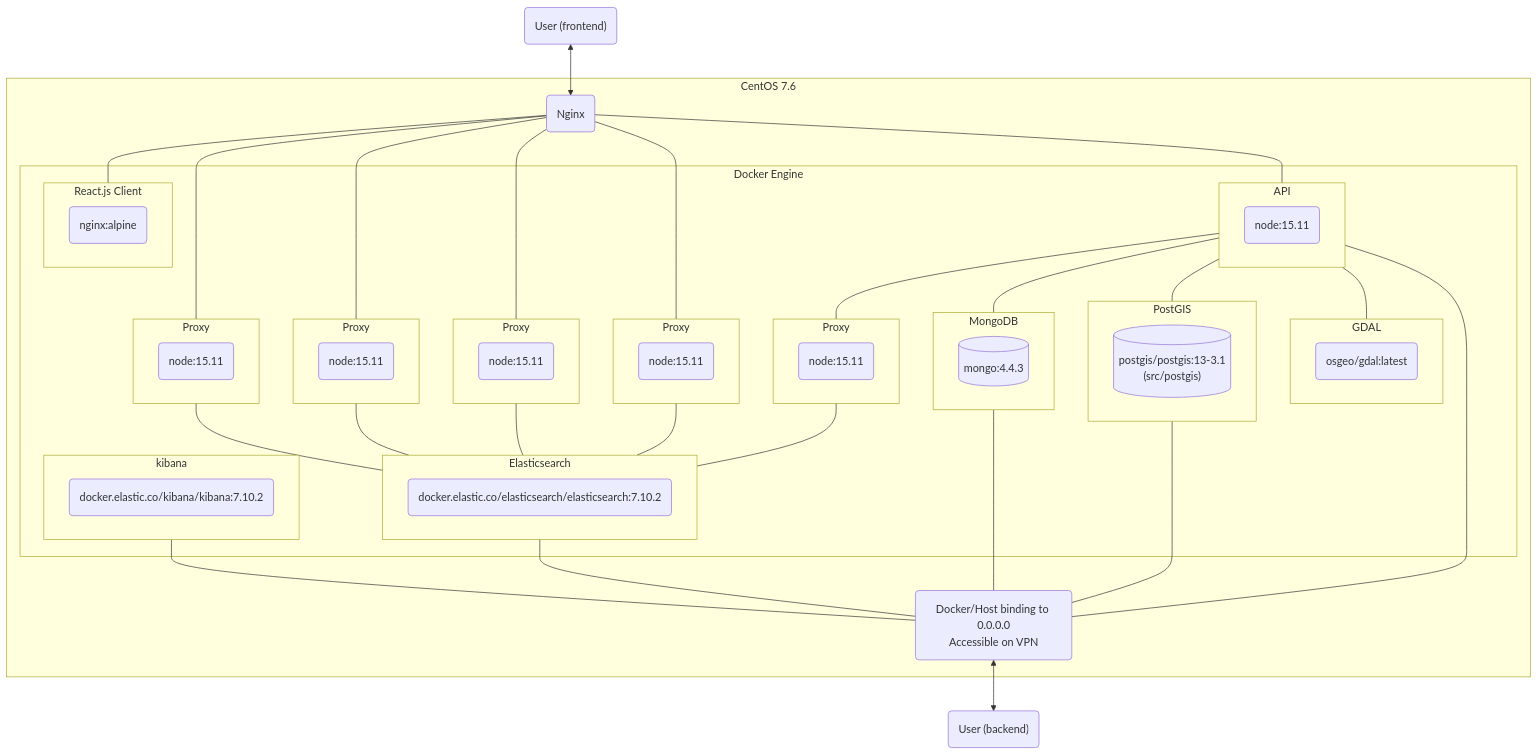
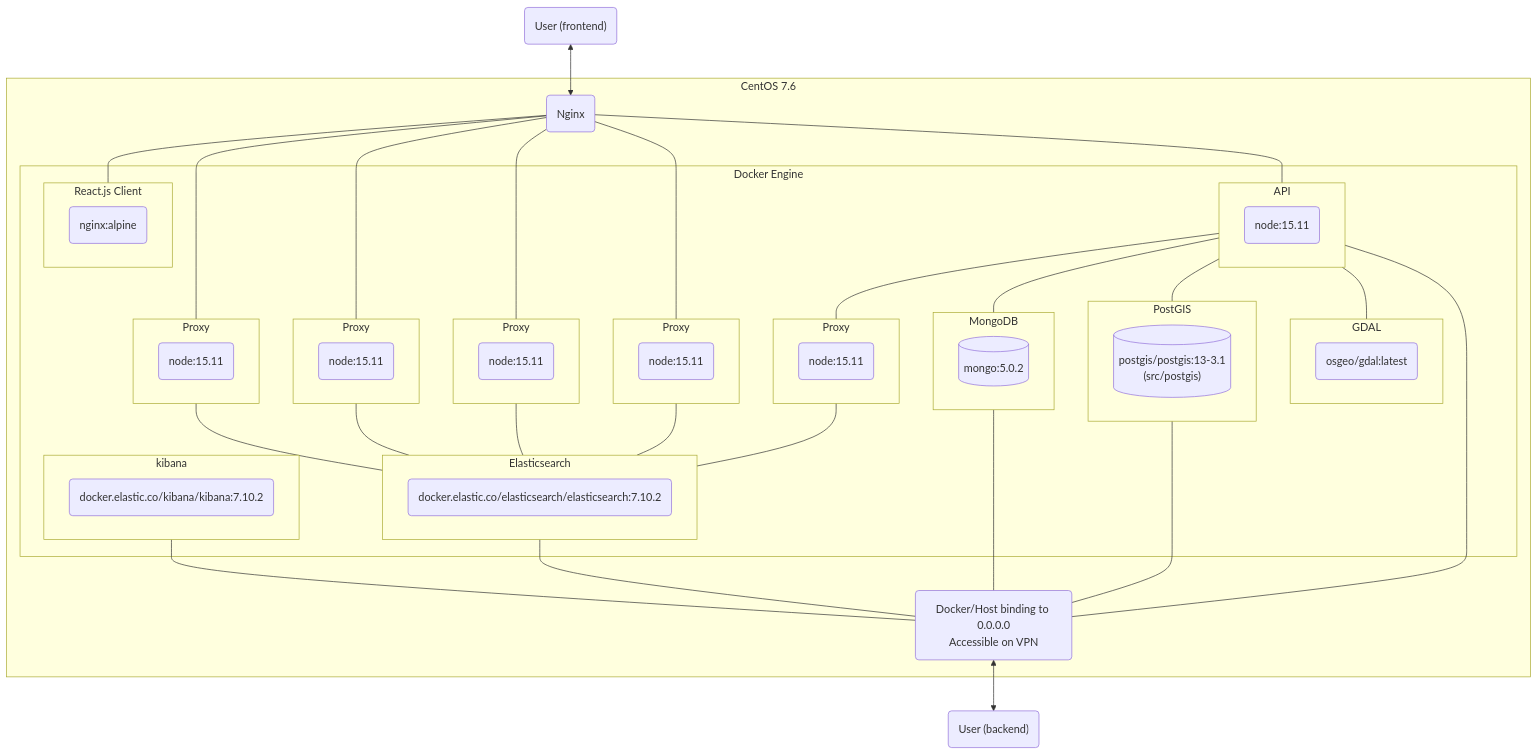
The diagram in diagrams/src/deployment-view.mmd (SAEON/data-portal), drawn with Mermaid before and after one commit. The commit also changed 4 other files, not shown here.

```diff
--- a/diagrams/src/deployment-view.mmd
+++ b/diagrams/src/deployment-view.mmd
@@ -1,78 +1,78 @@
 flowchart TD
 
     User("User (frontend)") <--> nginx
 
     %% CentOS boundary
     subgraph CentOS_boundary ["CentOS 7.6"]
 
         nginx(Nginx)
         nginx --- client_container
         nginx --- proxy_container_2
         nginx --- proxy_container_3
         nginx --- proxy_container_4
         nginx --- proxy_container_5
         proxy_container_2 --- es_container
         proxy_container_3 --- es_container
         proxy_container_4 --- es_container
         proxy_container_5 --- es_container
         nginx --- api_container
 
         %% Docker Engine boundary
         subgraph Docker_boundary ["Docker Engine"]
 
             %% Docker container boundaries
             subgraph client_container [React.js Client]
                 client("nginx:alpine")
             end
             subgraph api_container [API]
                 api("node:15.11")
             end
             subgraph proxy_container_1 [Proxy]
                 ClientProxy1("node:15.11")
             end     
             subgraph proxy_container_2 [Proxy]
                 ClientProxy2("node:15.11")
             end     
             subgraph proxy_container_3 [Proxy]
                 ClientProxy3("node:15.11")
             end    
             subgraph proxy_container_4 [Proxy]
                 ClientProxy4("node:15.11")
             end
             subgraph proxy_container_5 [Proxy]
                 ApiProxy("node:15.11")
             end
             subgraph es_container ["Elasticsearch"]
                 Elasticsearch(docker.elastic.co/elasticsearch/elasticsearch:7.10.2)
             end
             subgraph kibana_container[kibana]
                 Kibana("docker.elastic.co/kibana/kibana:7.10.2")
             end
             subgraph mongo_container [MongoDB]
-                Mongo[("mongo:4.4.3")]
+                Mongo[("mongo:5.0.2")]
             end    
             subgraph postgis_container [PostGIS]
                 PostGIS[("postgis/postgis:13-3.1<br />(src/postgis)")]
             end
             subgraph gdal_container [GDAL]
                 GDAL("osgeo/gdal:latest")
             end
 
             %% Topology
             api_container --- proxy_container_1
             proxy_container_1 --- es_container
             api_container --- mongo_container
             api_container --- postgis_container
             api_container --- gdal_container
 
         end
             
         docker_interface("Docker/Host binding to 0.0.0.0<br />Accessible on VPN")
         api_container --- docker_interface
         mongo_container ---- docker_interface
         postgis_container ---- docker_interface
         es_container --- docker_interface
         kibana_container --- docker_interface
     end
 
     docker_interface <--> User2("User (backend)")
```
